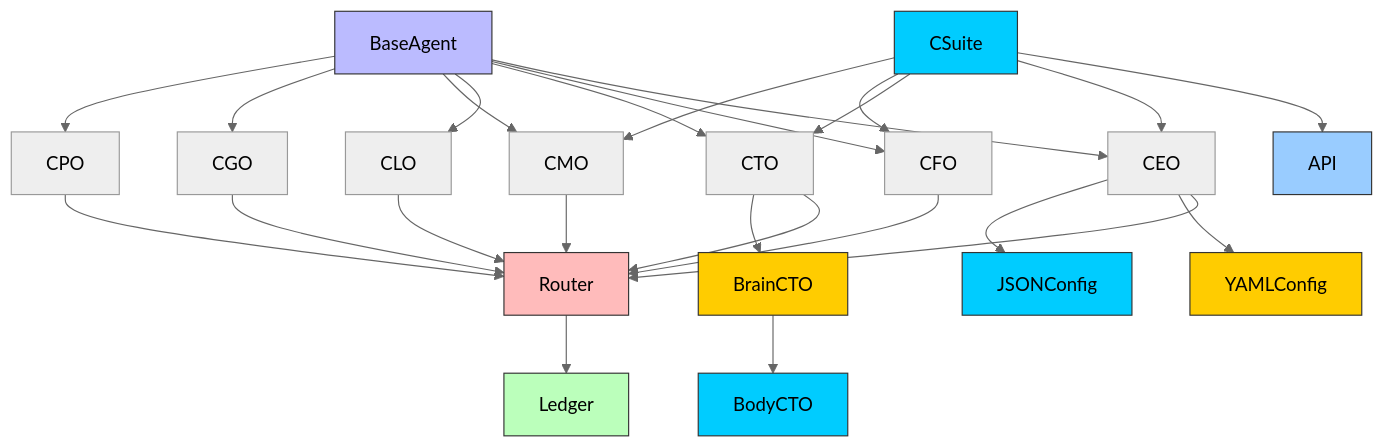
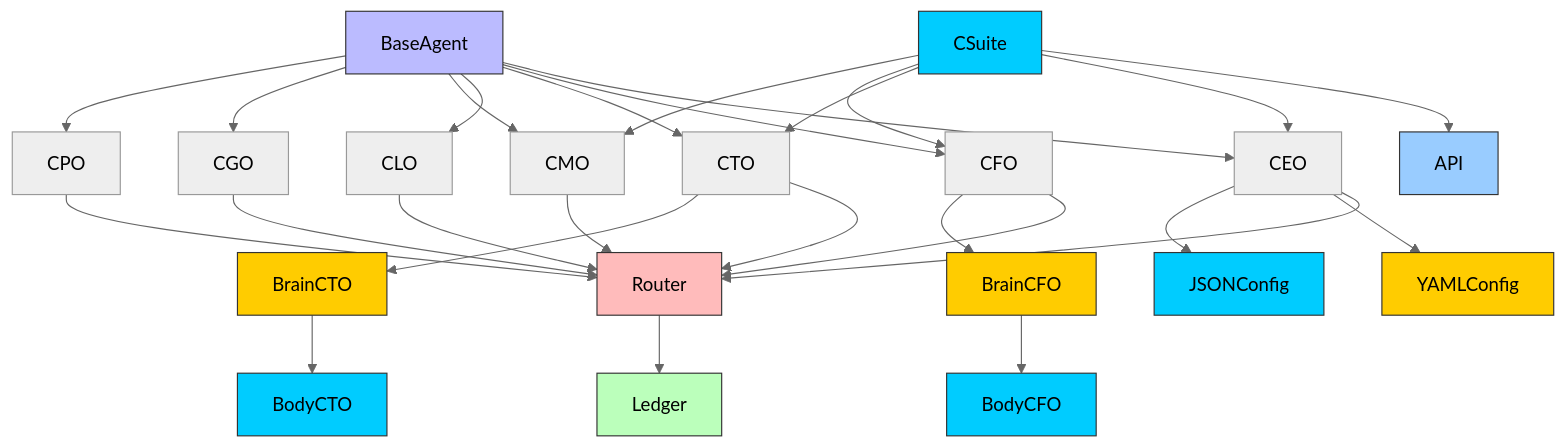
Before and after one commit to 371-Minds/os: the seventh of 7 diagrams in .qoder/repowiki/en/content/Agent Ecosystem/C-Suite Agents/C-Suite Agents.md, drawn with Mermaid (neutral theme). The commit also changed other lines of this file and 23 other files, not shown here.

````diff
--- a/.qoder/repowiki/en/content/Agent Ecosystem/C-Suite Agents/C-Suite Agents.md
+++ b/.qoder/repowiki/en/content/Agent Ecosystem/C-Suite Agents/C-Suite Agents.md
@@ -408,36 +479,40 @@
 ```mermaid
 graph TD
 BaseAgent --> CEO
 BaseAgent --> CFO
 BaseAgent --> CTO
 BaseAgent --> CLO
 BaseAgent --> CMO
 BaseAgent --> CGO
 BaseAgent --> CPO
 CEO --> Router
 CFO --> Router
 CTO --> Router
 CLO --> Router
 CMO --> Router
 CGO --> Router
 CPO --> Router
 Router --> Ledger
 CEO --> YAMLConfig
 CEO --> JSONConfig
 CSuite --> API
 CSuite --> CEO
 CSuite --> CTO
 CSuite --> CFO
 CSuite --> CMO
 CTO --> BrainCTO
 BrainCTO --> BodyCTO
+CFO --> BrainCFO
+BrainCFO --> BodyCFO
 style BaseAgent fill:#bbf,stroke:#333
 style Router fill:#fbb,stroke:#333
 style Ledger fill:#bfb,stroke:#333
 style YAMLConfig fill:#ffcc00,stroke:#333
 style JSONConfig fill:#00ccff,stroke:#333
 style CSuite fill:#00ccff,stroke:#333
 style API fill:#99ccff,stroke:#333
 style BrainCTO fill:#ffcc00,stroke:#333
 style BodyCTO fill:#00ccff,stroke:#333
+style BrainCFO fill:#ffcc00,stroke:#333
+style BodyCFO fill:#00ccff,stroke:#333
 ```
````
